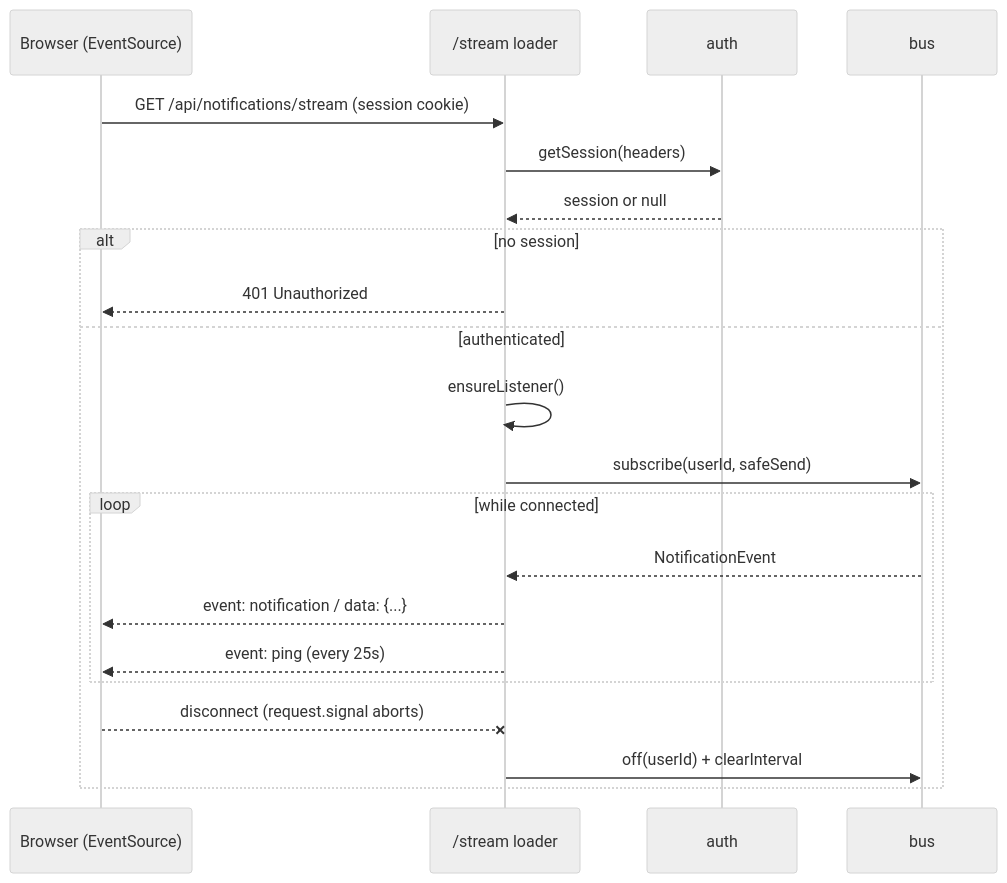
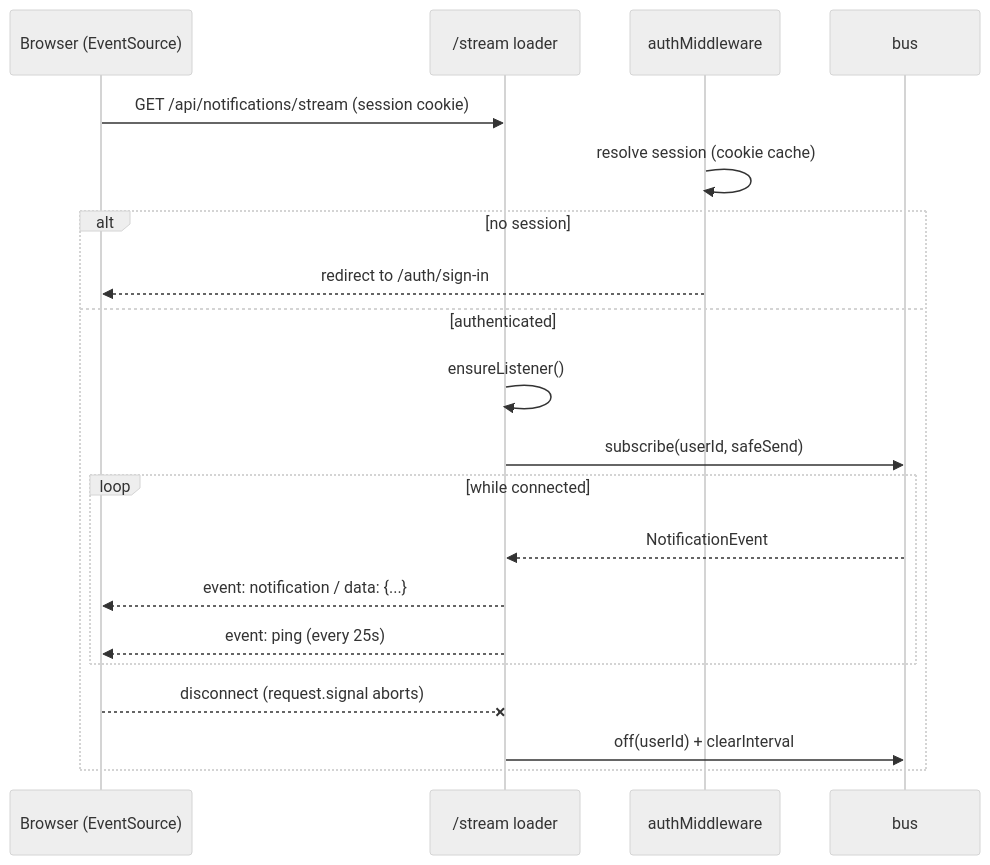
One commit to dev-gvili/stashly changed the sixth of 10 diagrams in docs/notifications-sse.md. Above: the diagram before and after it, drawn with Mermaid (neutral theme). The commit also changed other lines of this file, not shown here.

````diff
--- a/docs/notifications-sse.md
+++ b/docs/notifications-sse.md
@@ -244,24 +244,23 @@
 ```mermaid
 sequenceDiagram
     participant B as Browser (EventSource)
     participant R as /stream loader
-    participant A as auth
+    participant A as authMiddleware
     participant BUS as bus
 
     B->>R: GET /api/notifications/stream (session cookie)
-    R->>A: getSession(headers)
-    A-->>R: session or null
+    A->>A: resolve session (cookie cache)
     alt no session
-        R-->>B: 401 Unauthorized
+        A-->>B: redirect to /auth/sign-in
     else authenticated
         R->>R: ensureListener()
         R->>BUS: subscribe(userId, safeSend)
         loop while connected
             BUS-->>R: NotificationEvent
             R-->>B: event: notification / data: {...}
             R-->>B: event: ping (every 25s)
         end
         B--xR: disconnect (request.signal aborts)
         R->>BUS: off(userId) + clearInterval
     end
 ```
````
